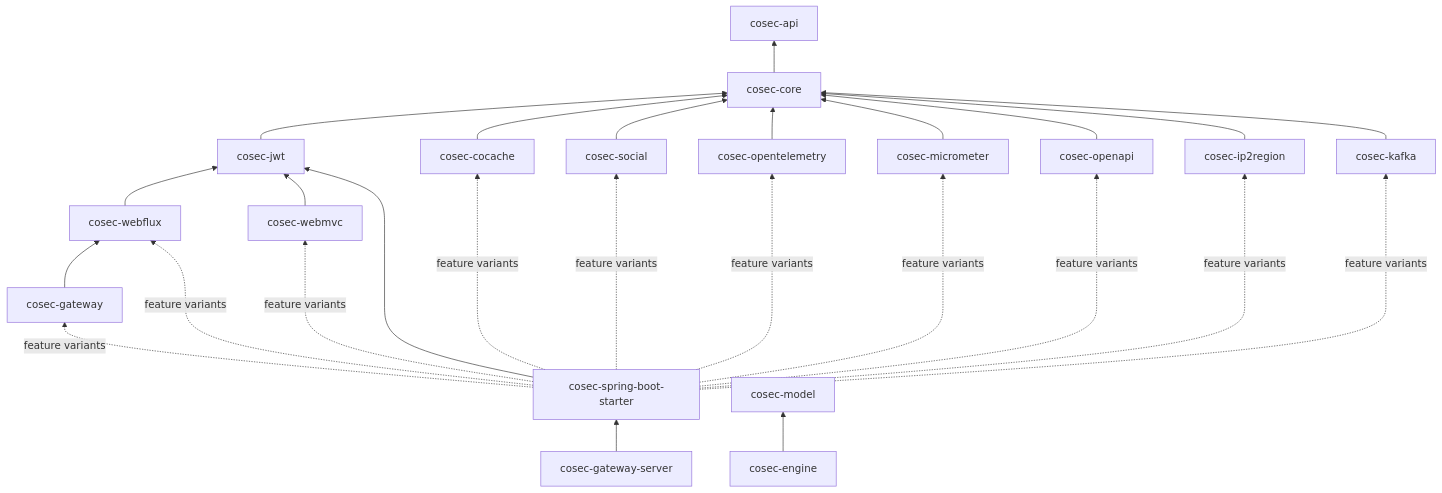
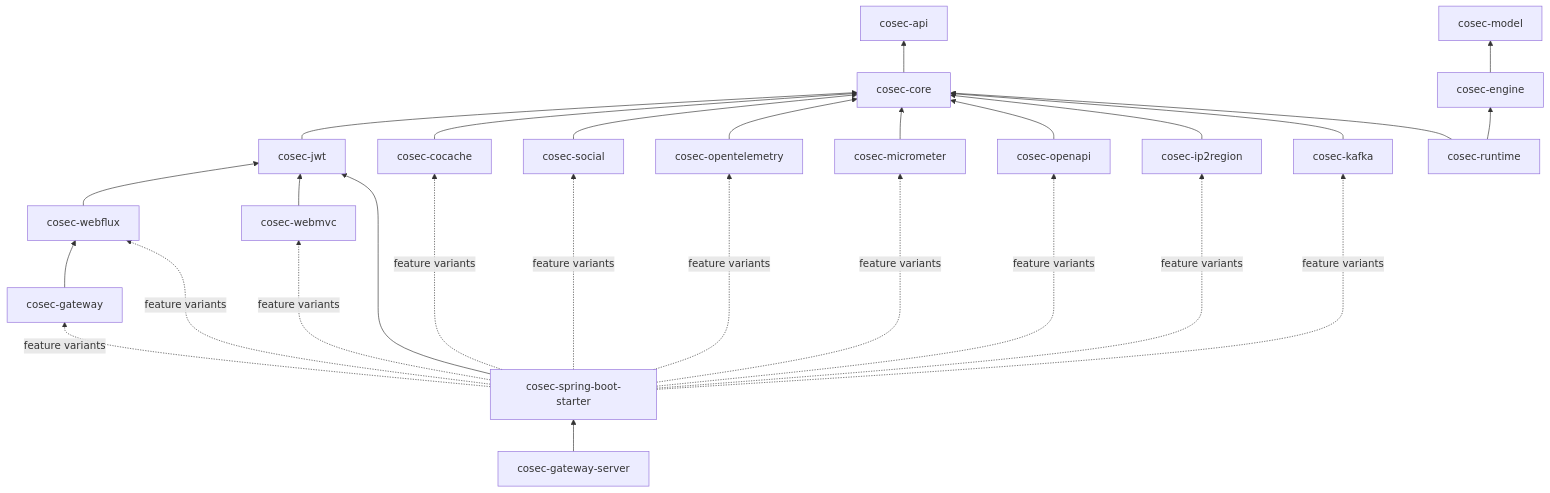
One commit to Ahoo-Wang/CoSec changed the first of 3 diagrams in wiki/architecture/overview.md. Above: the diagram before and after it, drawn with Mermaid. The commit also changed other lines of this file and 9 other files, not shown here.

First line of the commit message:
build: add the cosec-runtime module with kotlinx-coroutines

````diff
--- a/wiki/architecture/overview.md
+++ b/wiki/architecture/overview.md
@@ -27,21 +27,22 @@
 ```mermaid
 flowchart BT
     api[cosec-api]
     core[cosec-core] --> api
     jwt[cosec-jwt] --> core
     cocache[cosec-cocache] --> core
     social[cosec-social] --> core
     otel[cosec-opentelemetry] --> core
     micrometer[cosec-micrometer] --> core
     openapi[cosec-openapi] --> core
     ip2r[cosec-ip2region] --> core
     kafka[cosec-kafka] --> core
     webflux[cosec-webflux] --> jwt
     webmvc[cosec-webmvc] --> jwt
     gateway[cosec-gateway] --> webflux
     starter[cosec-spring-boot-starter] --> jwt
     starter -. feature variants .-> webflux & webmvc & gateway & cocache & social & otel & micrometer & openapi & ip2r & kafka
     server[cosec-gateway-server] --> starter
     model[cosec-model]
     engine[cosec-engine] --> model
+    runtime[cosec-runtime] --> engine & core
 ```
````
